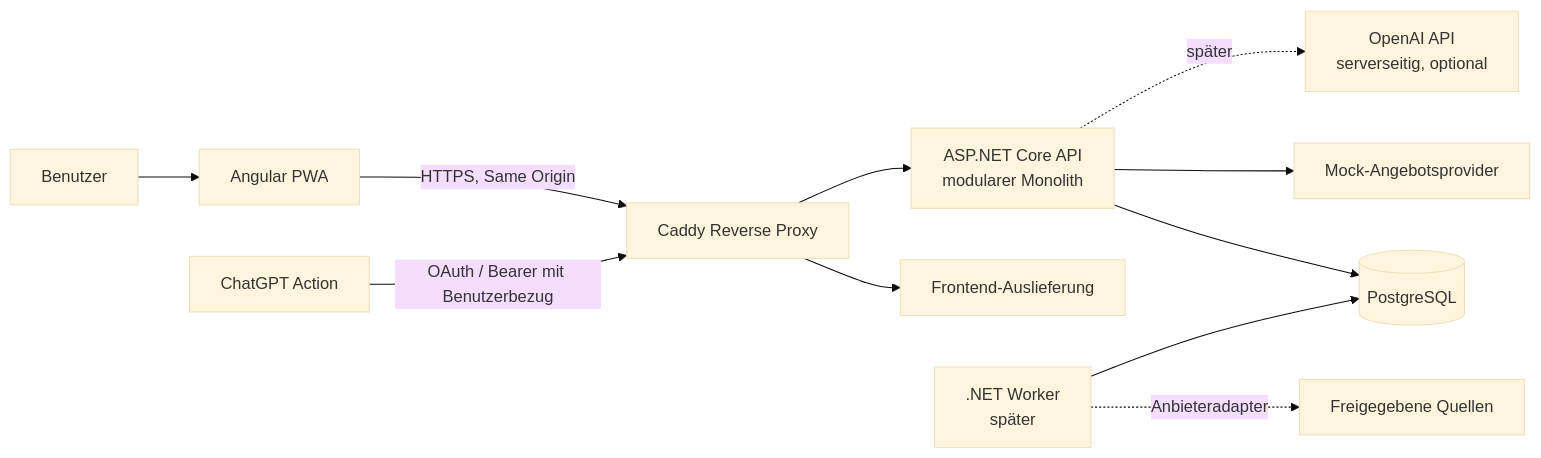
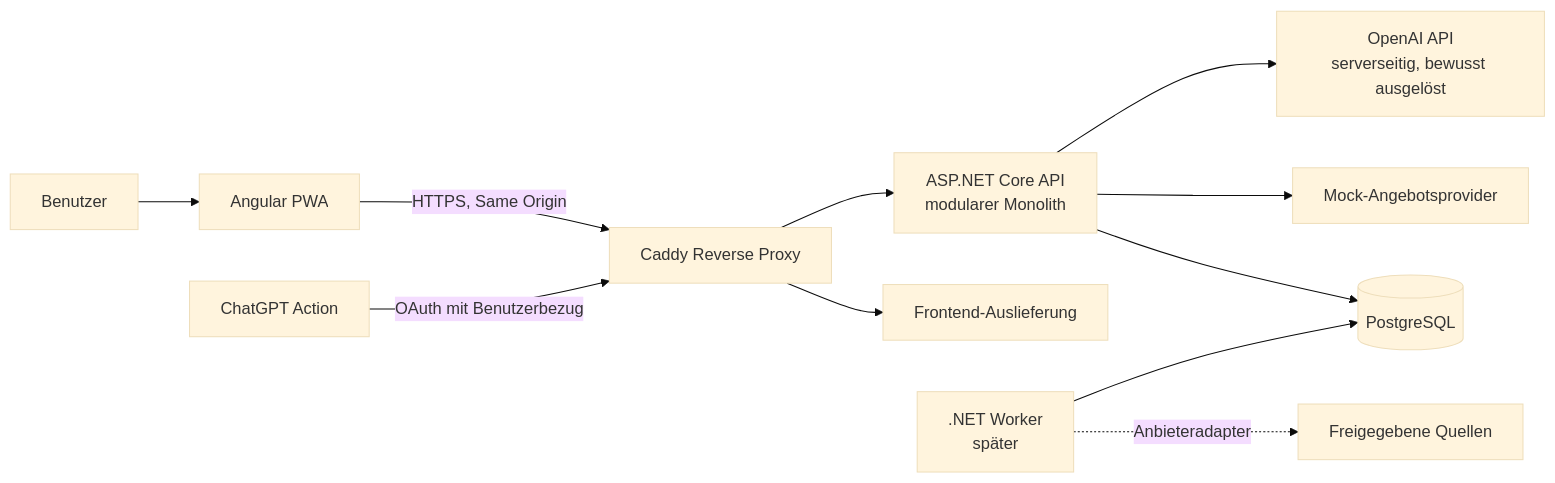
One commit to dzaddach/kuechenfuchs changed the diagram in docs/architecture.md. Above: the diagram before and after it, drawn with Mermaid (base theme). The commit also changed other lines of this file and 9 other files, not shown here.

````diff
--- a/docs/architecture.md
+++ b/docs/architecture.md
@@ -63,13 +65,13 @@
 ```mermaid
 flowchart LR
     U[Benutzer] --> PWA[Angular PWA]
-    GPT[ChatGPT Action] -->|OAuth / Bearer mit Benutzerbezug| RP
+    GPT[ChatGPT Action] -->|OAuth mit Benutzerbezug| RP
     PWA -->|HTTPS, Same Origin| RP[Caddy Reverse Proxy]
     RP --> WEB[Frontend-Auslieferung]
     RP --> API[ASP.NET Core API<br/>modularer Monolith]
     API --> DB[(PostgreSQL)]
     API --> MOCK[Mock-Angebotsprovider]
-    API -. später .-> AI[OpenAI API<br/>serverseitig, optional]
+    API --> AI[OpenAI API<br/>serverseitig, bewusst ausgelöst]
     WORKER[.NET Worker<br/>später] -. Anbieteradapter .-> SOURCES[Freigegebene Quellen]
     WORKER --> DB
 ```
````
